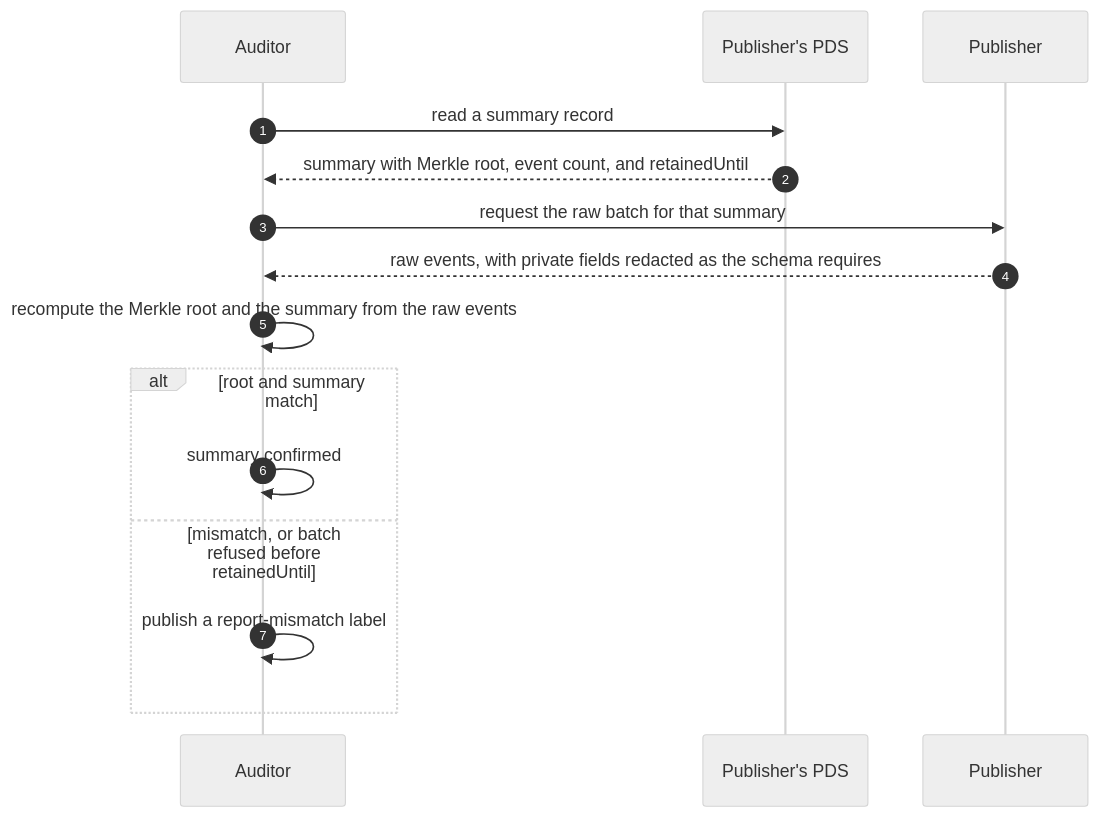
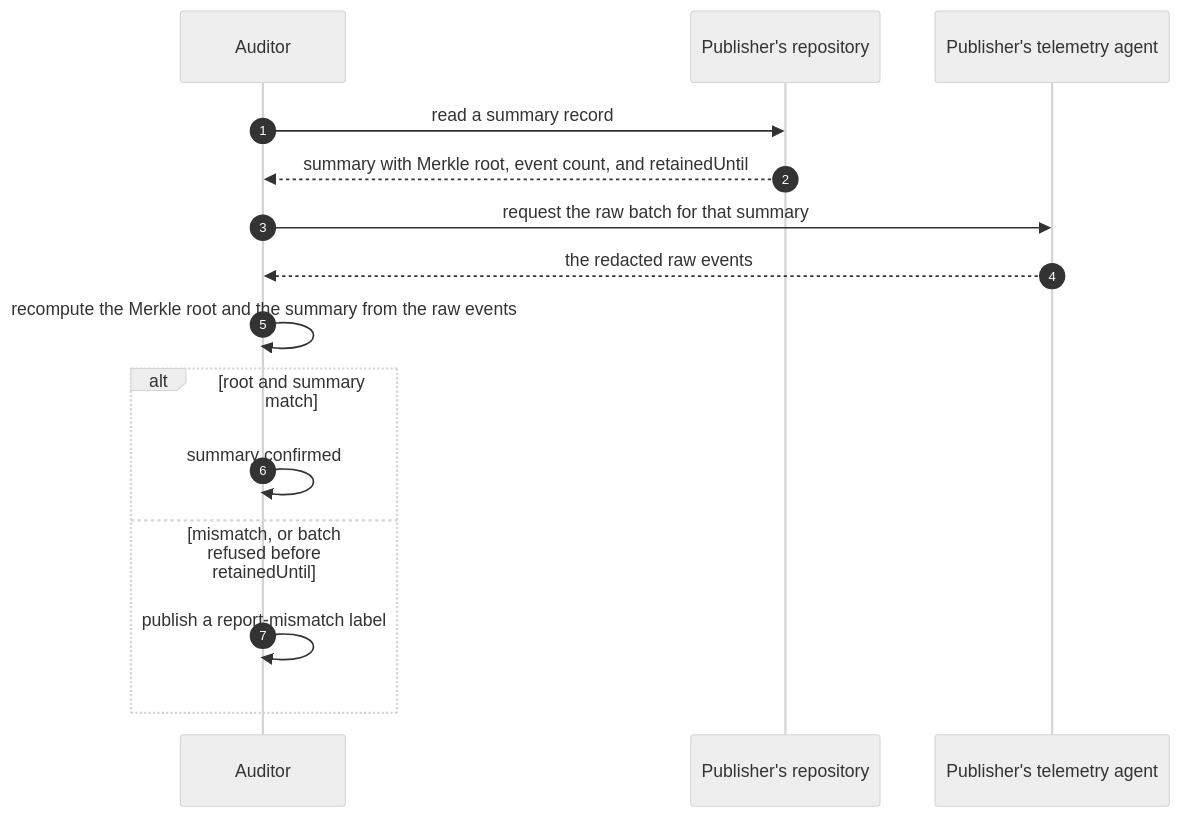
One commit to Cloud-SPE/Livepeer-AT-Protocol changed the seventh of 8 diagrams in appendix-d-sequence-diagrams.md. Above: the diagram before and after it, drawn with Mermaid (neutral theme). The commit also changed other lines of this file and 6 other files, not shown here.

````diff
--- a/appendix-d-sequence-diagrams.md
+++ b/appendix-d-sequence-diagrams.md
@@ -222,18 +277,18 @@
 ```mermaid
 sequenceDiagram
   autonumber
   participant Aud as Auditor
-  participant P as Publisher's PDS
-  participant Op as Publisher
+  participant Rp as Publisher's repository
+  participant Ag as Publisher's telemetry agent
 
-  Aud->>P: read a summary record
-  P-->>Aud: summary with Merkle root, event count, and retainedUntil
-  Aud->>Op: request the raw batch for that summary
-  Op-->>Aud: raw events, with private fields redacted as the schema requires
+  Aud->>Rp: read a summary record
+  Rp-->>Aud: summary with Merkle root, event count, and retainedUntil
+  Aud->>Ag: request the raw batch for that summary
+  Ag-->>Aud: the redacted raw events
   Aud->>Aud: recompute the Merkle root and the summary from the raw events
   alt root and summary match
     Aud->>Aud: summary confirmed
   else mismatch, or batch refused before retainedUntil
     Aud->>Aud: publish a report-mismatch label
   end
 ```
````
